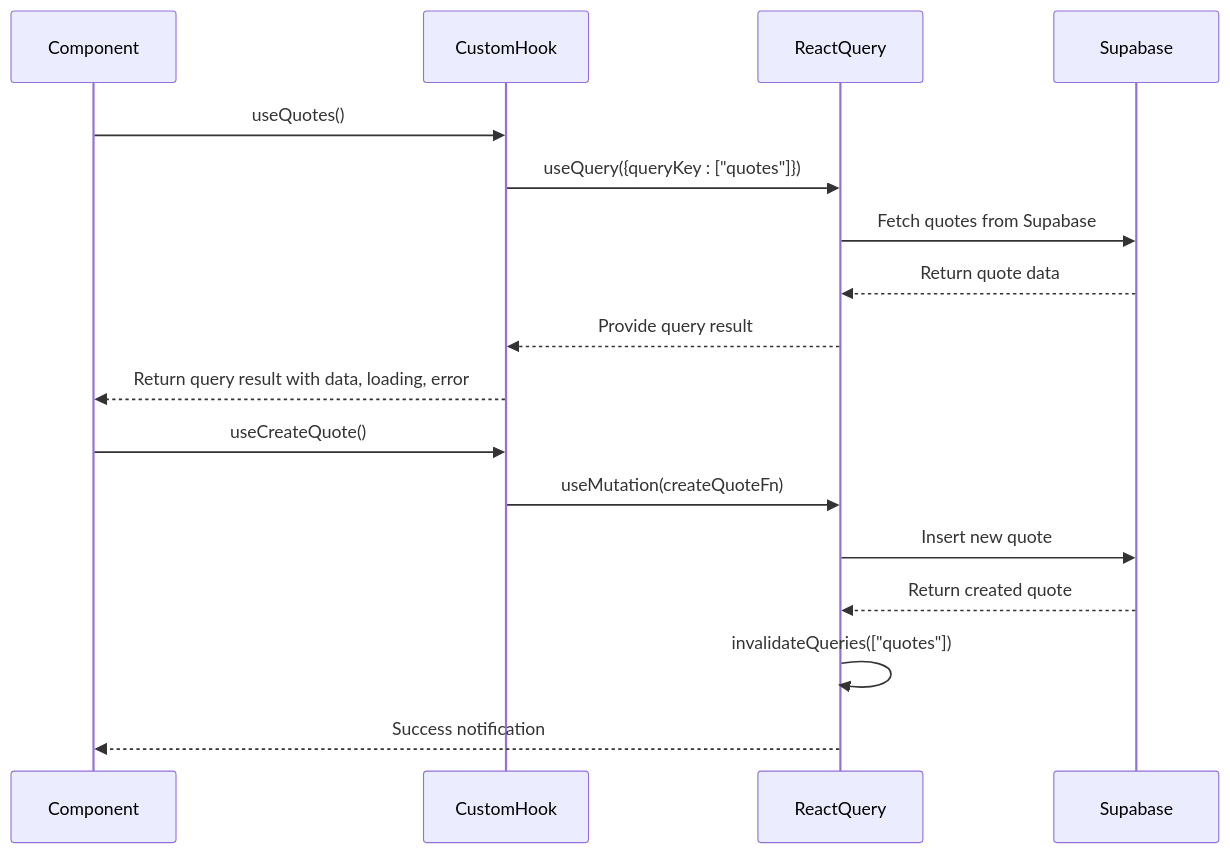
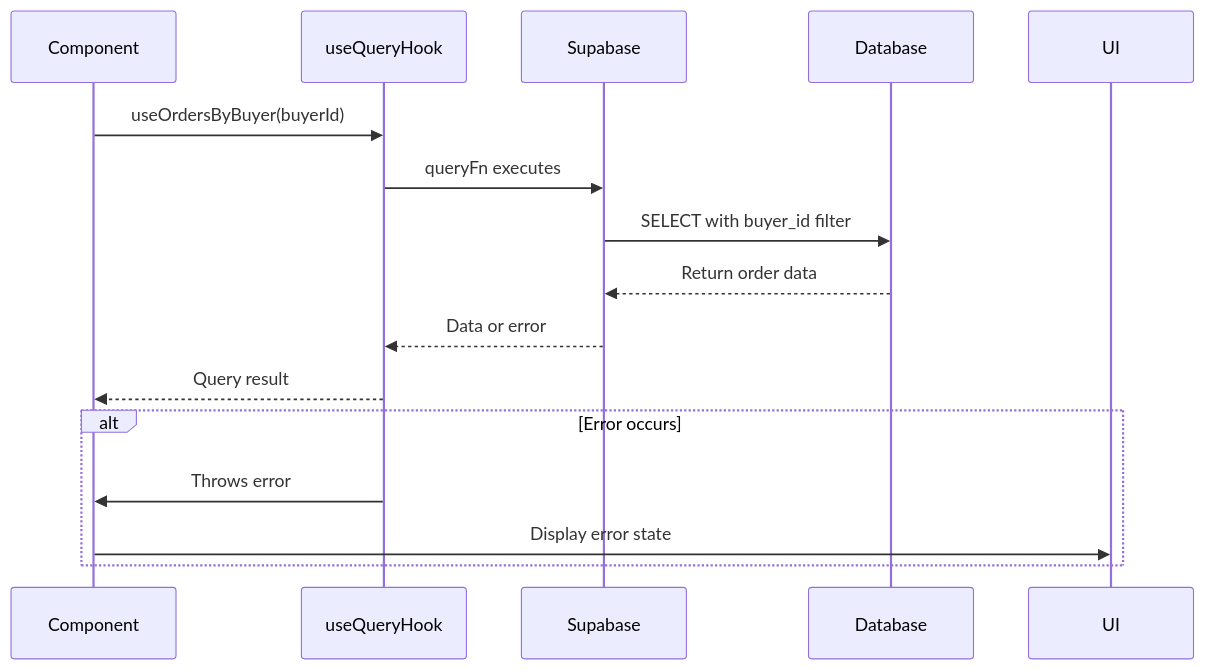
One commit to sleekapparels-admin/sleekapp-v100 changed the fourth of 10 diagrams in .qoder/repowiki/en/content/Frontend Architecture/State Management.md. Above: the diagram before and after it, drawn with Mermaid. The commit also changed other lines of this file and 337 other files, not shown here.

````diff
--- a/.qoder/repowiki/en/content/Frontend Architecture/State Management.md
+++ b/.qoder/repowiki/en/content/Frontend Architecture/State Management.md
@@ -110,19 +160,17 @@
 ```mermaid
 sequenceDiagram
 participant Component
-participant CustomHook
-participant ReactQuery
+participant useQueryHook
 participant Supabase
-Component->>CustomHook : useQuotes()
-CustomHook->>ReactQuery : useQuery({queryKey : ["quotes"]})
-ReactQuery->>Supabase : Fetch quotes from Supabase
-Supabase-->>ReactQuery : Return quote data
-ReactQuery-->>CustomHook : Provide query result
-CustomHook-->>Component : Return query result with data, loading, error
-Component->>CustomHook : useCreateQuote()
-CustomHook->>ReactQuery : useMutation(createQuoteFn)
-ReactQuery->>Supabase : Insert new quote
-Supabase-->>ReactQuery : Return created quote
-ReactQuery->>ReactQuery : invalidateQueries(["quotes"])
-ReactQuery-->>Component : Success notification
+participant Database
+Component->>useQueryHook : useOrdersByBuyer(buyerId)
+useQueryHook->>Supabase : queryFn executes
+Supabase->>Database : SELECT with buyer_id filter
+Database-->>Supabase : Return order data
+Supabase-->>useQueryHook : Data or error
+useQueryHook-->>Component : Query result
+alt Error occurs
+useQueryHook->>Component : Throws error
+Component->>UI : Display error state
+end
 ```
````
